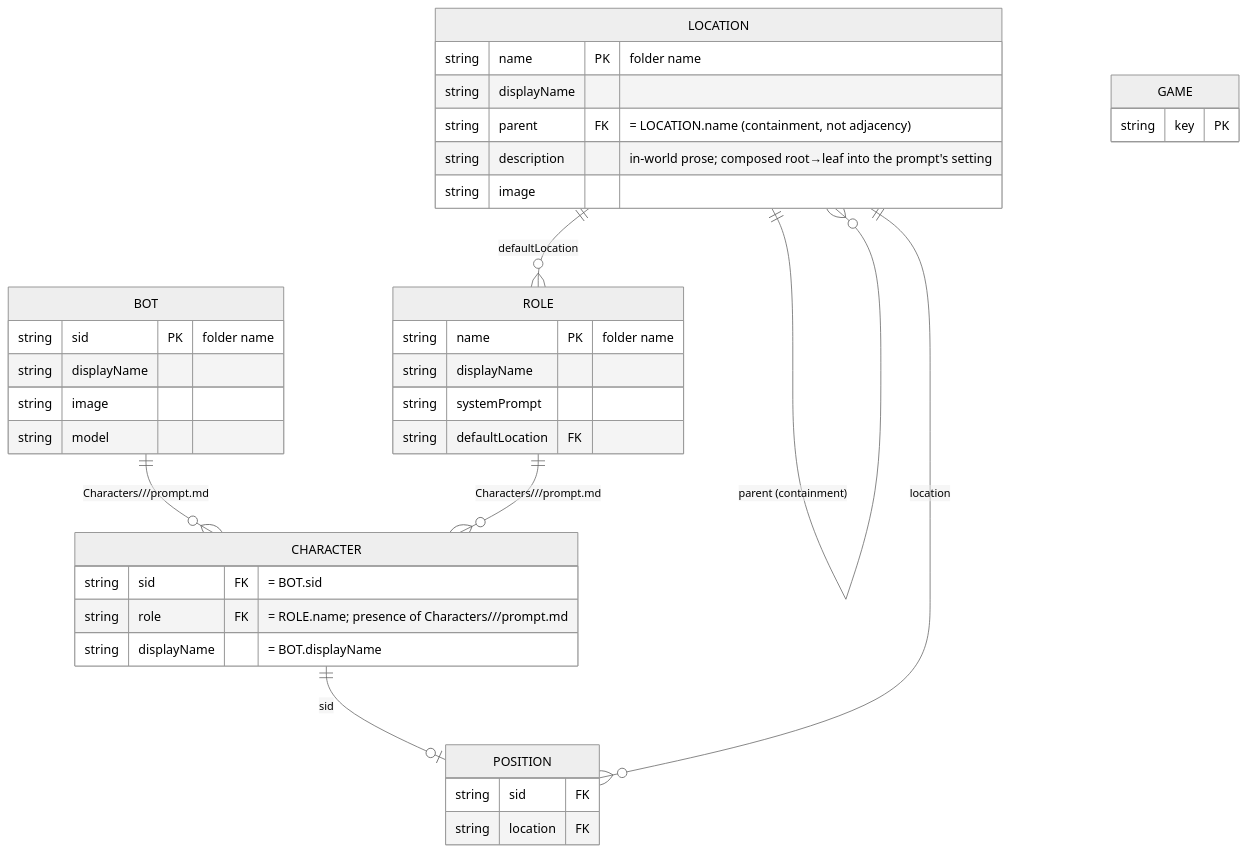
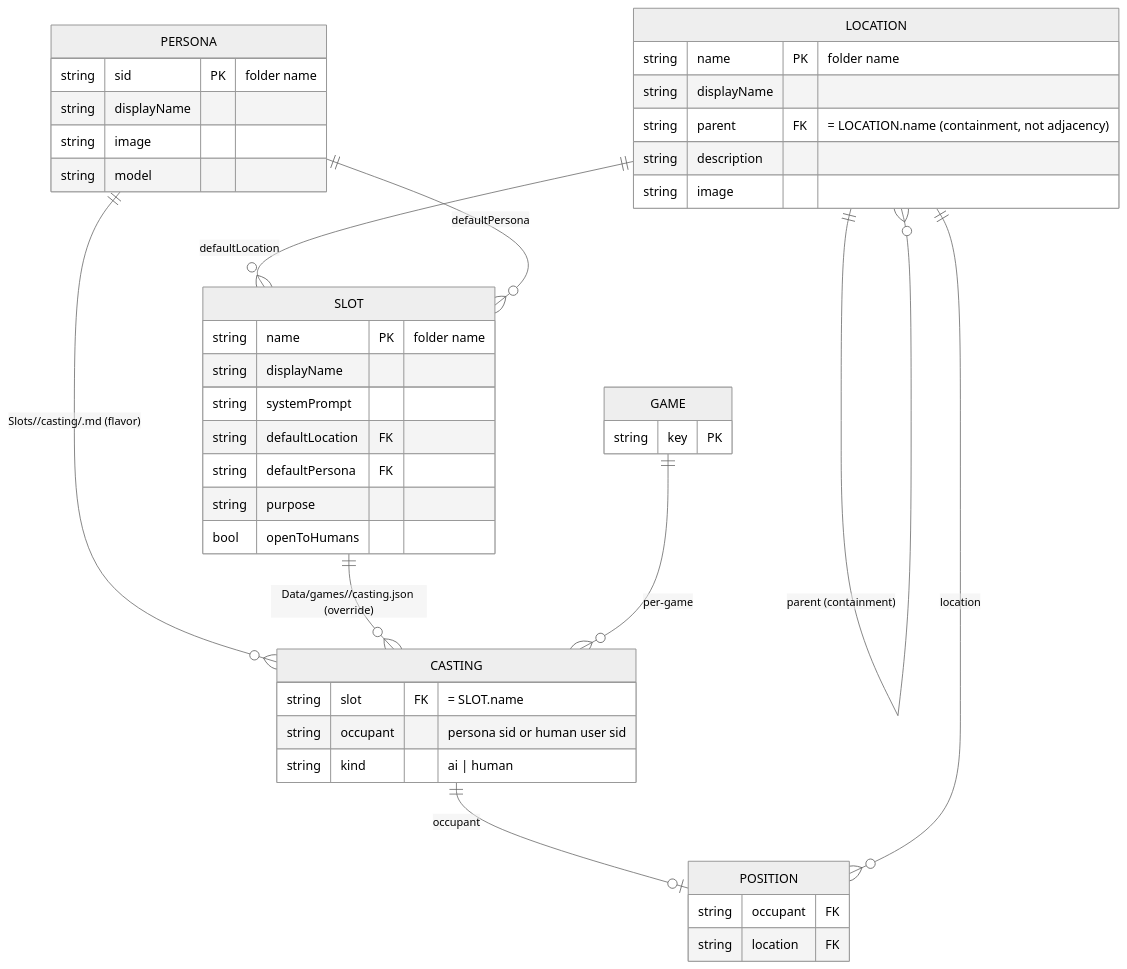
Before and after one commit to ProjectAtlantis-dev/atlantis-mcp-server: the diagram in python-server/dynamic_functions/Home/GAME.md, drawn with Mermaid (neutral theme). The commit also changed other lines of this file and 76 other files, not shown here.

````diff
--- a/python-server/dynamic_functions/Home/GAME.md
+++ b/python-server/dynamic_functions/Home/GAME.md
@@ -71,42 +104,47 @@
 ```mermaid
 erDiagram
-    BOT {
+    PERSONA {
         string sid PK "folder name"
         string displayName
         string image
         string model
     }
     LOCATION {
         string name PK "folder name"
         string displayName
         string parent FK "= LOCATION.name (containment, not adjacency)"
-        string description "in-world prose; composed root→leaf into the prompt's setting"
+        string description
         string image
     }
     GAME {
         string key PK
     }
-    ROLE {
+    SLOT {
         string name PK "folder name"
         string displayName
         string systemPrompt
         string defaultLocation FK
+        string defaultPersona FK
+        string purpose
+        bool openToHumans
     }
-    CHARACTER {
-        string sid FK "= BOT.sid"
-        string role FK "= ROLE.name; presence of Characters/<sid>/<Role>/prompt.md"
-        string displayName "= BOT.displayName"
+    CASTING {
+        string slot FK "= SLOT.name"
+        string occupant "persona sid or human user sid"
+        string kind "ai | human"
     }
     POSITION {
-        string sid FK
+        string occupant FK
         string location FK
     }
 
     LOCATION ||--o{ LOCATION : "connects to (adjacency)"
     LOCATION ||--o{ LOCATION : "parent (containment)"
-    LOCATION ||--o{ ROLE : defaultLocation
-    BOT ||--o{ CHARACTER : "Characters/<sid>/<Role>/prompt.md"
-    ROLE ||--o{ CHARACTER : "Characters/<sid>/<Role>/prompt.md"
-    CHARACTER ||--o| POSITION : sid
+    LOCATION ||--o{ SLOT : defaultLocation
+    PERSONA ||--o{ SLOT : defaultPersona
+    PERSONA ||--o{ CASTING : "Slots/<slot>/casting/<persona>.md (flavor)"
+    SLOT ||--o{ CASTING : "Data/games/<key>/casting.json (override)"
+    GAME ||--o{ CASTING : per-game
+    CASTING ||--o| POSITION : occupant
     LOCATION ||--o{ POSITION : location
 ```
````
